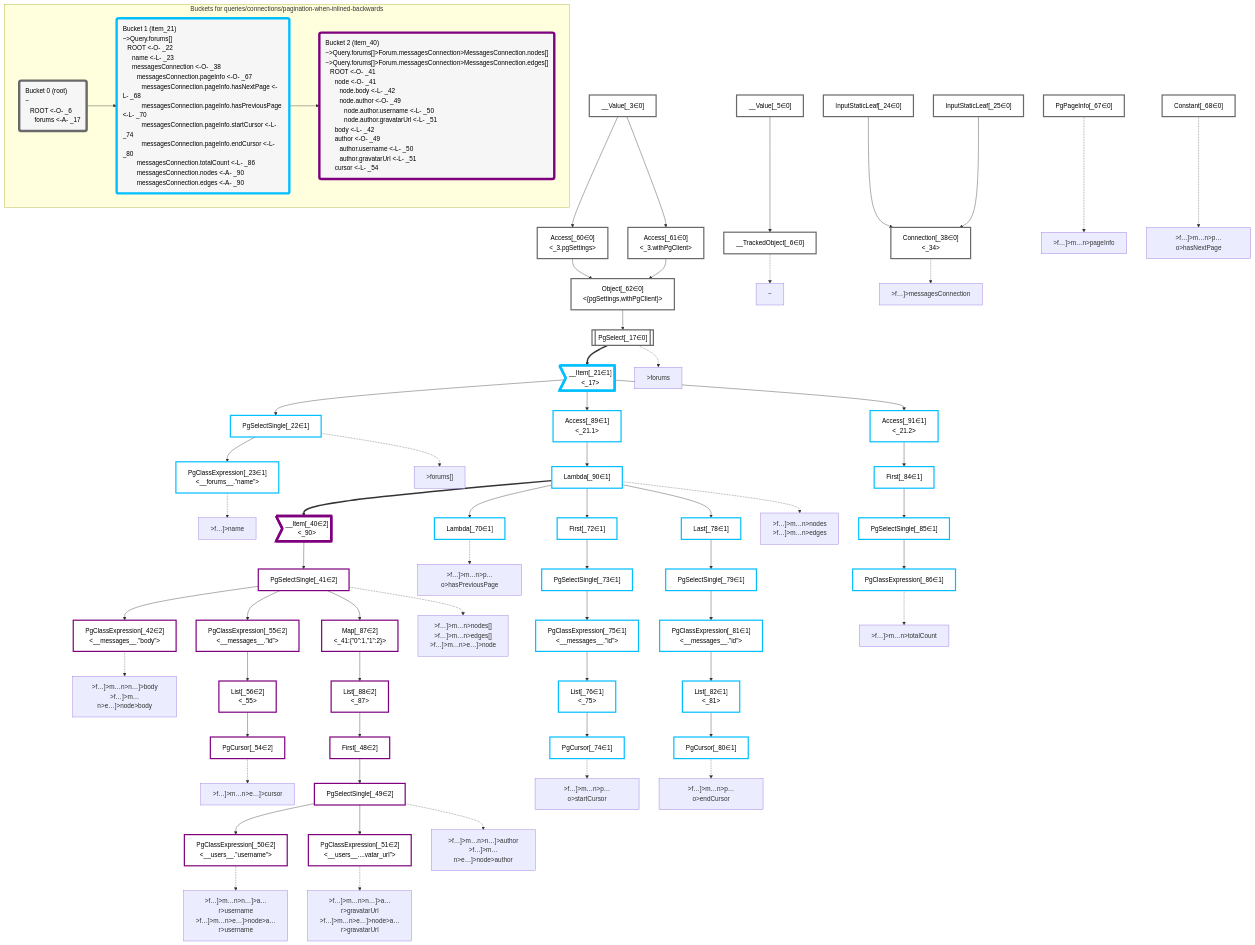
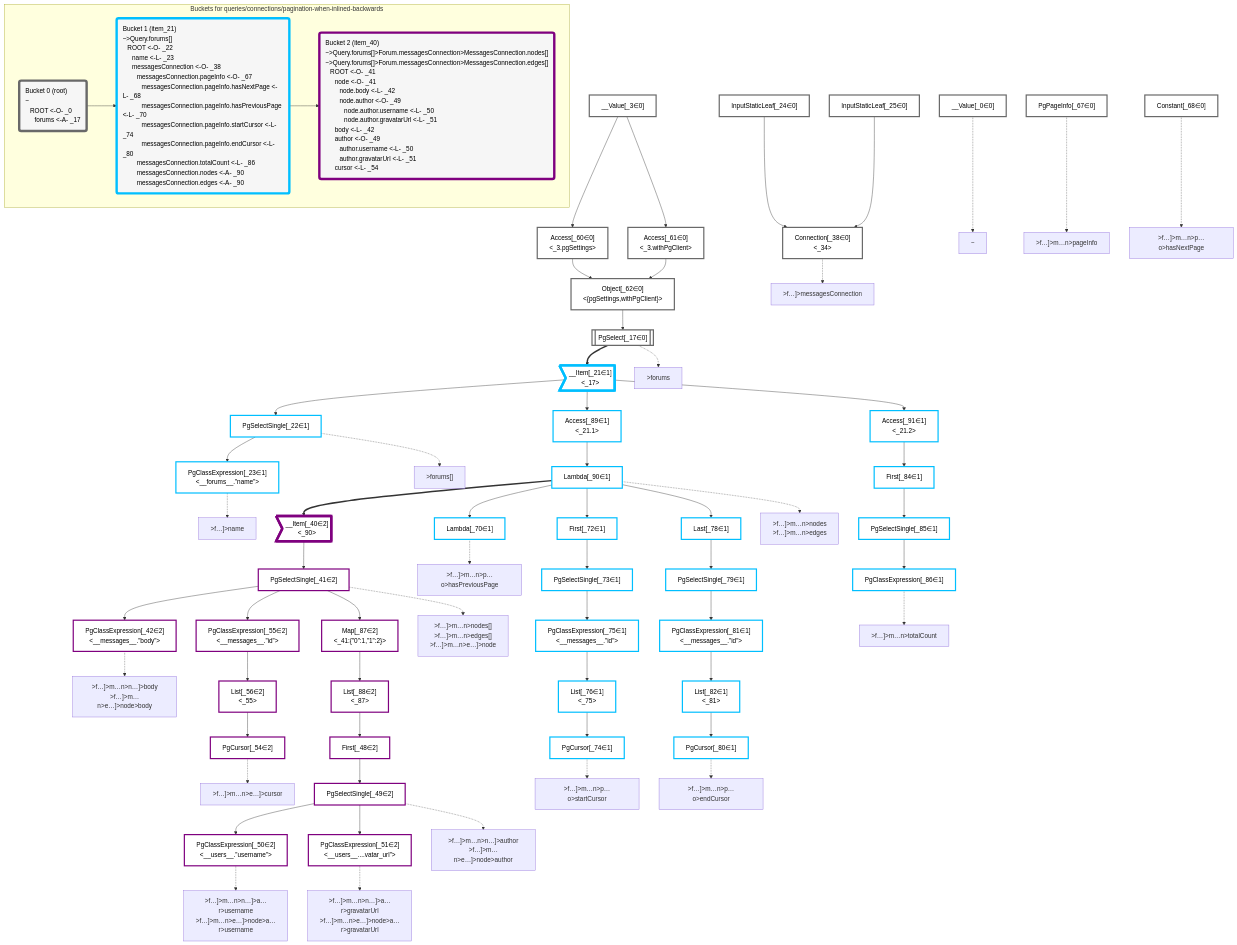
One commit to graphile/crystal changed the diagram in packages/dataplan-pg/__tests__/queries/connections/pagination-when-inlined-backwards.mermaid.md. Above: the diagram before and after it, drawn with Mermaid. The commit also changed 193 other files, not shown here.

Commit message:
Update test plan snapshots with new root plan

```diff
--- a/packages/dataplan-pg/__tests__/queries/connections/pagination-when-inlined-backwards.mermaid.md
+++ b/packages/dataplan-pg/__tests__/queries/connections/pagination-when-inlined-backwards.mermaid.md
@@ -8,9 +8,8 @@
 
 
     %% define plans
+    __Value_0["__Value[_0∈0]"]:::plan
     __Value_3["__Value[_3∈0]<br /><context>"]:::plan
-    __Value_5["__Value[_5∈0]<br /><rootValue>"]:::plan
-    __TrackedObject_6["__TrackedObject[_6∈0]"]:::plan
     PgSelect_17[["PgSelect[_17∈0]<br /><forums>"]]:::plan
     __Item_21>"__Item[_21∈1]<br /><_17>"]:::itemplan
     PgSelectSingle_22["PgSelectSingle[_22∈1]<br /><forums>"]:::plan
@@ -54,7 +53,6 @@
     Access_91["Access[_91∈1]<br /><_21.2>"]:::plan
 
     %% plan dependencies
-    __Value_5 --> __TrackedObject_6
     Object_62 --> PgSelect_17
     PgSelect_17 ==> __Item_21
     __Item_21 --> PgSelectSingle_22
@@ -96,8 +94,8 @@
     __Item_21 --> Access_91
 
     %% plan-to-path relationships
-    P_6["~"]
-    __TrackedObject_6 -.-> P_6
+    P_0["~"]
+    __Value_0 -.-> P_0
     P_17[">forums"]
     PgSelect_17 -.-> P_17
     P_22[">forums[]"]
@@ -135,14 +133,14 @@
 
     %% allocate buckets
     classDef bucket0 stroke:#696969
-    class __Value_3,__Value_5,__TrackedObject_6,PgSelect_17,InputStaticLeaf_24,InputStaticLeaf_25,Connection_38,Access_60,Access_61,Object_62,PgPageInfo_67,Constant_68 bucket0
+    class __Value_0,__Value_3,PgSelect_17,InputStaticLeaf_24,InputStaticLeaf_25,Connection_38,Access_60,Access_61,Object_62,PgPageInfo_67,Constant_68 bucket0
     classDef bucket1 stroke:#00bfff
     class __Item_21,PgSelectSingle_22,PgClassExpression_23,Lambda_70,First_72,PgSelectSingle_73,PgCursor_74,PgClassExpression_75,List_76,Last_78,PgSelectSingle_79,PgCursor_80,PgClassExpression_81,List_82,First_84,PgSelectSingle_85,PgClassExpression_86,Access_89,Lambda_90,Access_91 bucket1
     classDef bucket2 stroke:#7f007f
     class __Item_40,PgSelectSingle_41,PgClassExpression_42,First_48,PgSelectSingle_49,PgClassExpression_50,PgClassExpression_51,PgCursor_54,PgClassExpression_55,List_56,Map_87,List_88 bucket2
 
     subgraph "Buckets for queries/connections/pagination-when-inlined-backwards"
-    Bucket0("Bucket 0 (root)<br />~<br />⠀ROOT <-O- _6<br />⠀⠀forums <-A- _17"):::bucket
+    Bucket0("Bucket 0 (root)<br />~<br />⠀ROOT <-O- _0<br />⠀⠀forums <-A- _17"):::bucket
     style Bucket0 stroke:#696969
     Bucket1("Bucket 1 (item_21)<br />~>Query.forums[]<br />⠀ROOT <-O- _22<br />⠀⠀name <-L- _23<br />⠀⠀messagesConnection <-O- _38<br />⠀⠀⠀messagesConnection.pageInfo <-O- _67<br />⠀⠀⠀⠀messagesConnection.pageInfo.hasNextPage <-L- _68<br />⠀⠀⠀⠀messagesConnection.pageInfo.hasPreviousPage <-L- _70<br />⠀⠀⠀⠀messagesConnection.pageInfo.startCursor <-L- _74<br />⠀⠀⠀⠀messagesConnection.pageInfo.endCursor <-L- _80<br />⠀⠀⠀messagesConnection.totalCount <-L- _86<br />⠀⠀⠀messagesConnection.nodes <-A- _90<br />⠀⠀⠀messagesConnection.edges <-A- _90"):::bucket
     style Bucket1 stroke:#00bfff
```
